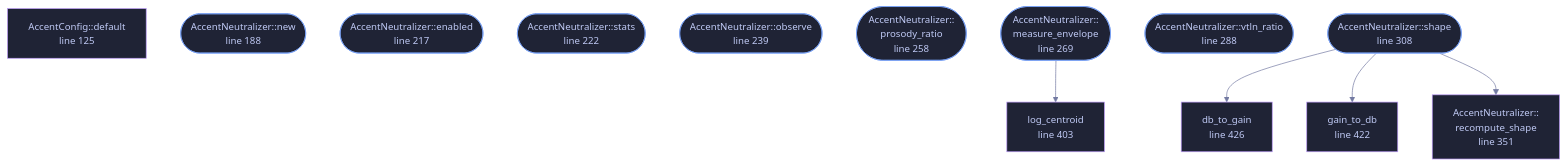
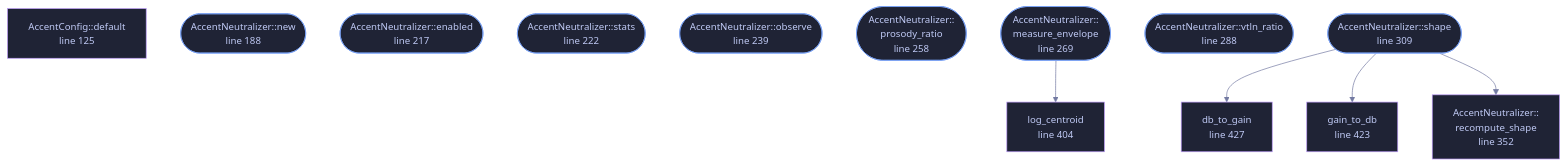
One commit to tilas01/veilvoice changed the diagram in docs/files/veilvoice-core/accent.md. Above: the diagram before and after it, drawn with Mermaid. The commit also changed other lines of this file and 108 other files, not shown here.

````diff
--- a/docs/files/veilvoice-core/accent.md
+++ b/docs/files/veilvoice-core/accent.md
@@ -123,38 +123,38 @@
 ```mermaid
 %%{init: {"theme":"base","themeVariables":{"background":"#1a1b26","primaryColor":"#1f2335","primaryTextColor":"#c0caf5","primaryBorderColor":"#7aa2f7","secondaryColor":"#16161e","tertiaryColor":"#16161e","lineColor":"#737aa2","textColor":"#c0caf5","mainBkg":"#1f2335","nodeBorder":"#7aa2f7","clusterBkg":"#16161e","clusterBorder":"#2f3549","fontFamily":"ui-monospace, SFMono-Regular, Consolas, monospace","fontSize":"14px"}}}%%
 flowchart TD
     n_default["AccentConfig::default<br/>line 125"]
     n_new(["AccentNeutralizer::new<br/>line 188"])
     n_enabled(["AccentNeutralizer::enabled<br/>line 217"])
     n_stats(["AccentNeutralizer::stats<br/>line 222"])
     n_observe(["AccentNeutralizer::observe<br/>line 239"])
     n_prosody_ratio(["AccentNeutralizer::<br/>prosody_ratio<br/>line 258"])
     n_measure_envelope(["AccentNeutralizer::<br/>measure_envelope<br/>line 269"])
     n_vtln_ratio(["AccentNeutralizer::vtln_ratio<br/>line 288"])
-    n_shape(["AccentNeutralizer::shape<br/>line 308"])
-    n_recompute_shape["AccentNeutralizer::<br/>recompute_shape<br/>line 351"]
-    n_log_centroid["log_centroid<br/>line 403"]
-    n_gain_to_db["gain_to_db<br/>line 422"]
-    n_db_to_gain["db_to_gain<br/>line 426"]
+    n_shape(["AccentNeutralizer::shape<br/>line 309"])
+    n_recompute_shape["AccentNeutralizer::<br/>recompute_shape<br/>line 352"]
+    n_log_centroid["log_centroid<br/>line 404"]
+    n_gain_to_db["gain_to_db<br/>line 423"]
+    n_db_to_gain["db_to_gain<br/>line 427"]
     n_measure_envelope --> n_log_centroid
     n_shape --> n_db_to_gain
     n_shape --> n_gain_to_db
     n_shape --> n_recompute_shape
     click n_default href "https://github.com/tilas01/veilvoice/blob/main/crates/veilvoice-core/src/accent.rs#L125" "open the source"
     click n_new href "https://github.com/tilas01/veilvoice/blob/main/crates/veilvoice-core/src/accent.rs#L188" "open the source"
     click n_enabled href "https://github.com/tilas01/veilvoice/blob/main/crates/veilvoice-core/src/accent.rs#L217" "open the source"
     click n_stats href "https://github.com/tilas01/veilvoice/blob/main/crates/veilvoice-core/src/accent.rs#L222" "open the source"
     click n_observe href "https://github.com/tilas01/veilvoice/blob/main/crates/veilvoice-core/src/accent.rs#L239" "open the source"
     click n_prosody_ratio href "https://github.com/tilas01/veilvoice/blob/main/crates/veilvoice-core/src/accent.rs#L258" "open the source"
     click n_measure_envelope href "https://github.com/tilas01/veilvoice/blob/main/crates/veilvoice-core/src/accent.rs#L269" "open the source"
     click n_vtln_ratio href "https://github.com/tilas01/veilvoice/blob/main/crates/veilvoice-core/src/accent.rs#L288" "open the source"
-    click n_shape href "https://github.com/tilas01/veilvoice/blob/main/crates/veilvoice-core/src/accent.rs#L308" "open the source"
-    click n_recompute_shape href "https://github.com/tilas01/veilvoice/blob/main/crates/veilvoice-core/src/accent.rs#L351" "open the source"
-    click n_log_centroid href "https://github.com/tilas01/veilvoice/blob/main/crates/veilvoice-core/src/accent.rs#L403" "open the source"
-    click n_gain_to_db href "https://github.com/tilas01/veilvoice/blob/main/crates/veilvoice-core/src/accent.rs#L422" "open the source"
-    click n_db_to_gain href "https://github.com/tilas01/veilvoice/blob/main/crates/veilvoice-core/src/accent.rs#L426" "open the source"
+    click n_shape href "https://github.com/tilas01/veilvoice/blob/main/crates/veilvoice-core/src/accent.rs#L309" "open the source"
+    click n_recompute_shape href "https://github.com/tilas01/veilvoice/blob/main/crates/veilvoice-core/src/accent.rs#L352" "open the source"
+    click n_log_centroid href "https://github.com/tilas01/veilvoice/blob/main/crates/veilvoice-core/src/accent.rs#L404" "open the source"
+    click n_gain_to_db href "https://github.com/tilas01/veilvoice/blob/main/crates/veilvoice-core/src/accent.rs#L423" "open the source"
+    click n_db_to_gain href "https://github.com/tilas01/veilvoice/blob/main/crates/veilvoice-core/src/accent.rs#L427" "open the source"
     classDef entry fill:#1f2335,stroke:#7aa2f7,color:#c0caf5
     class n_new,n_enabled,n_stats,n_observe,n_prosody_ratio,n_measure_envelope,n_vtln_ratio,n_shape entry
     classDef helper fill:#1f2335,stroke:#bb9af7,color:#c0caf5
     class n_default,n_recompute_shape,n_log_centroid,n_gain_to_db,n_db_to_gain helper
 ```
````
